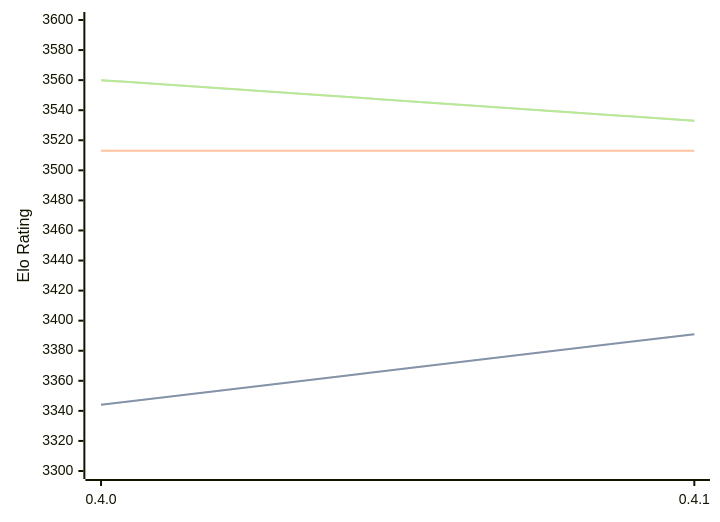
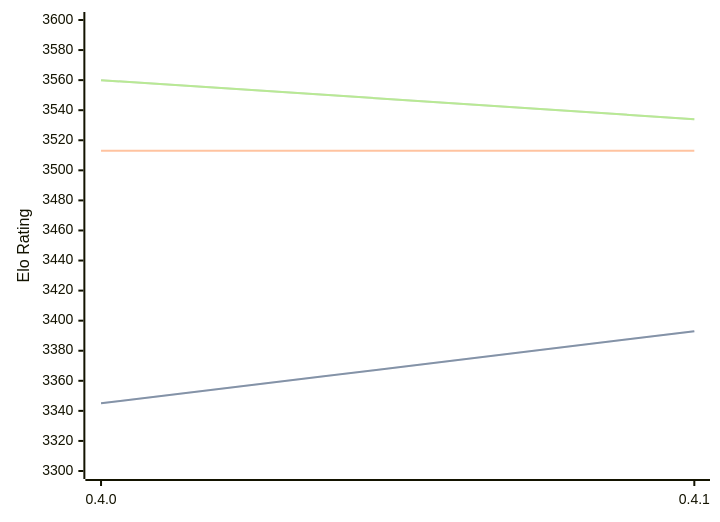
The diagram in engines/Cinder.md (computer-chess-index/cci), drawn with Mermaid before and after one commit. The commit also changed other lines of this file, not shown here.

Commit message:
Update CCI Ratings (ELO VLTC) - 2026-02-17

````diff
--- a/engines/Cinder.md
+++ b/engines/Cinder.md
@@ -37,11 +37,11 @@
 ```mermaid
 %%{init: {"theme":"base","themeVariables":{"seriesColors:['#a3a3a3','#222221','#faa371']}}}%%
 xychart-beta
   x-axis ["0.4.0", "0.4.1"]
   y-axis "Elo Rating" 3300 --> 3600
-  line "STC (8.0+0.08s)" [3344, 3391]
-  line "STC (8.0+0.08s)" [3344, 3391]
+  line "STC (8.0+0.08s)" [3345, 3393]
+  line "STC (8.0+0.08s)" [3345, 3393]
   line "LTC (60.0+0.60s)" [3513, 3513]
-  line "VLTC (2m24s+1.12s)" [3560, 3533]
-  line "VLTC (2m24s+1.12s)" [3560, 3533]
+  line "VLTC (2m24s+1.12s)" [3560, 3534]
+  line "VLTC (2m24s+1.12s)" [3560, 3534]
 ```
````
